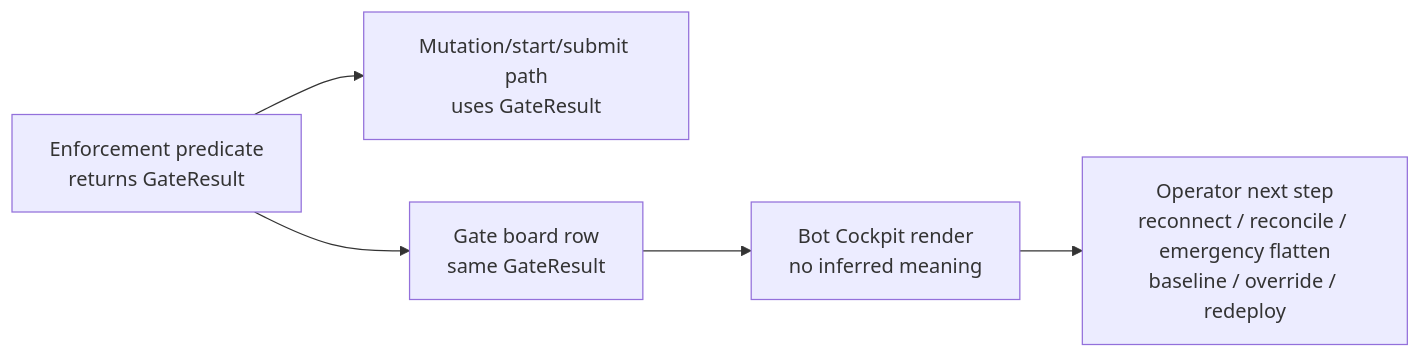
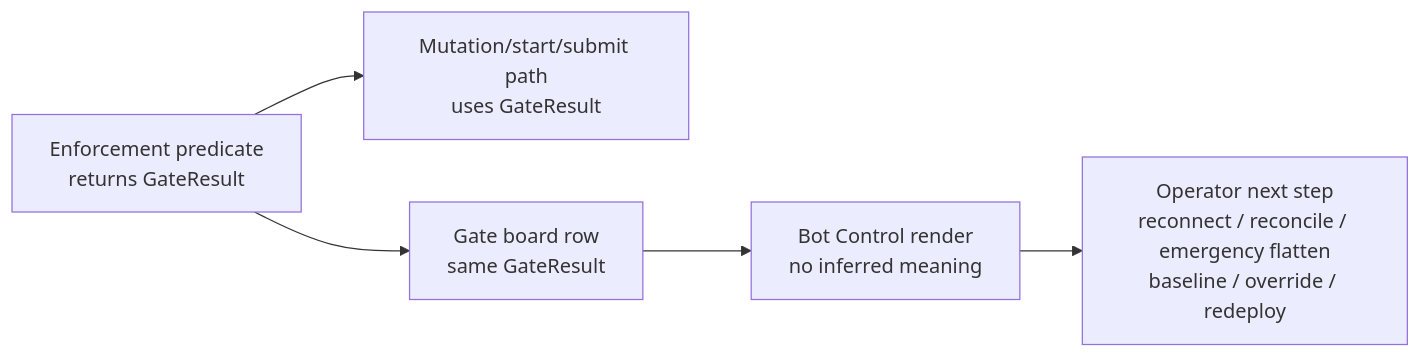
The fourth of 5 diagrams in docs/architecture/bot-lifecycle-account-owner-prd.md (tim1016/learn-ai), drawn with Mermaid before and after one commit. The commit also changed other lines of this file and 234 other files, not shown here.

Commit message:
Remove legacy bot control panel

````diff
--- a/docs/architecture/bot-lifecycle-account-owner-prd.md
+++ b/docs/architecture/bot-lifecycle-account-owner-prd.md
@@ -165,11 +165,11 @@
 ```mermaid
 flowchart LR
     predicate["Enforcement predicate<br/>returns GateResult"]
     mutation["Mutation/start/submit path<br/>uses GateResult"]
     board["Gate board row<br/>same GateResult"]
-    ui["Bot Cockpit render<br/>no inferred meaning"]
+    ui["Bot Control render<br/>no inferred meaning"]
     next["Operator next step<br/>reconnect / reconcile / emergency flatten<br/>baseline / override / redeploy"]
 
     predicate --> mutation
     predicate --> board --> ui --> next
 ```
````
